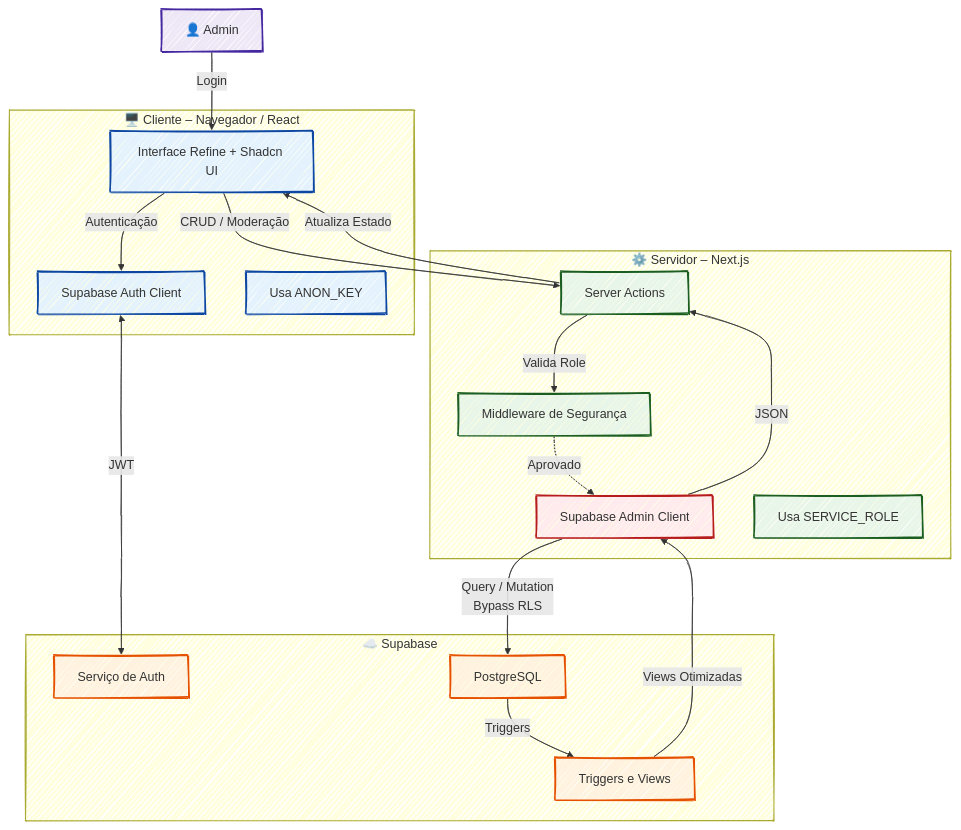
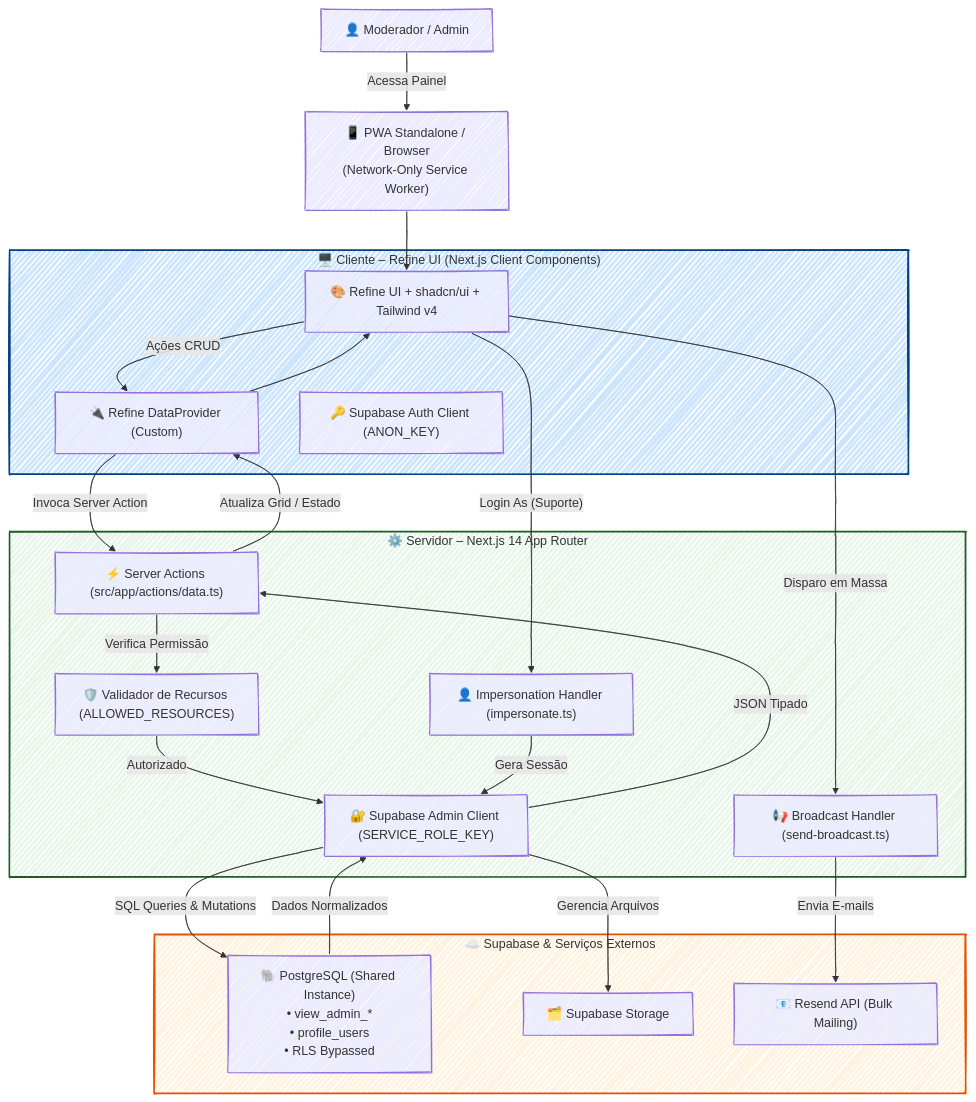
Diagram 19 of 27 in apps/backend/src/knowledge-base/Projects-Consolidated.md (lfrichter/ask-richter), drawn with Mermaid before and after one commit. The commit also changed other lines of this file and 1 other file, not shown here.

````diff
--- a/apps/backend/src/knowledge-base/Projects-Consolidated.md
+++ b/apps/backend/src/knowledge-base/Projects-Consolidated.md
@@ -1948,75 +1988,71 @@
 ```mermaid
 ---
 config:
   theme: default
   look: handDrawn
 ---
 flowchart TD
 
     %% =========================
     %% Atores
     %% =========================
-    AdminNode["👤 Admin"]
+    AdminNode["👤 Moderador / Admin"]
+    PWA_ENV["📱 PWA Standalone / Browser<br>(Network-Only Service Worker)"]
 
     %% =========================
     %% Cliente
     %% =========================
-    subgraph ClientSide["🖥️ Cliente – Navegador / React"]
-        UI["Interface Refine + Shadcn UI"]
-        AuthClient["Supabase Auth Client"]
-        ClientKey["Usa ANON_KEY"]
+    subgraph ClientSide["🖥️ Cliente – Refine UI (Next.js Client Components)"]
+        UI["🎨 Refine UI + shadcn/ui + Tailwind v4"]
+        DATA_PROV["🔌 Refine DataProvider (Custom)"]
+        AUTH_CLI["🔑 Supabase Auth Client (ANON_KEY)"]
     end
+    style ClientSide fill:#cce5ff,stroke:#004085,stroke-width:2px
 
     %% =========================
     %% Servidor
     %% =========================
-    subgraph ServerSide["⚙️ Servidor – Next.js"]
-        ServerAction["Server Actions"]
-        AuthGuard["Middleware de Segurança"]
-        SupabaseAdmin["Supabase Admin Client"]
-        ServerKey["Usa SERVICE_ROLE"]
+    subgraph ServerSide["⚙️ Servidor – Next.js 14 App Router"]
+        ACTIONS["⚡ Server Actions (src/app/actions/data.ts)"]
+        WHITELIST["🛡️ Validador de Recursos (ALLOWED_RESOURCES)"]
+        IMPERSONATE["👤 Impersonation Handler (impersonate.ts)"]
+        BROADCAST["📢 Broadcast Handler (send-broadcast.ts)"]
+        SUPA_ADMIN["🔐 Supabase Admin Client (SERVICE_ROLE_KEY)"]
     end
+    style ServerSide fill:#e8f5e9,stroke:#1b5e20,stroke-width:2px
 
     %% =========================
-    %% Infraestrutura
+    %% Infraestrutura & DB
     %% =========================
-    subgraph Infra["☁️ Supabase"]
-        AuthService["Serviço de Auth"]
-        PostgresDB["PostgreSQL"]
-        TriggersViews["Triggers e Views"]
+    subgraph Infra["☁️ Supabase & Serviços Externos"]
+        POSTGRES["🐘 PostgreSQL (Shared Instance)<br>• view_admin_*<br>• profile_users<br>• RLS Bypassed"]
+        STORAGE["🗂️ Supabase Storage"]
+        RESEND_API["📧 Resend API (Bulk Mailing)"]
     end
+    style Infra fill:#fff3e0,stroke:#e65100,stroke-width:2px
 
     %% =========================
     %% Fluxos
     %% =========================
-    AdminNode -->|"Login"| UI
-    UI -->|"Autenticação"| AuthClient
-    AuthClient <-->|"JWT"| AuthService
+    AdminNode -->|"Acessa Painel"| PWA_ENV
+    PWA_ENV --> UI
+    UI -->|"Ações CRUD"| DATA_PROV
+    DATA_PROV -->|"Invoca Server Action"| ACTIONS
 
-    UI -->|"CRUD / Moderação"| ServerAction
-    ServerAction -->|"Valida Role"| AuthGuard
-    AuthGuard -.->|"Aprovado"| SupabaseAdmin
+    ACTIONS -->|"Verifica Permissão"| WHITELIST
+    WHITELIST -->|"Autorizado"| SUPA_ADMIN
 
-    SupabaseAdmin -->|"Query / Mutation<br>Bypass RLS"| PostgresDB
-    PostgresDB -->|"Triggers"| TriggersViews
-    TriggersViews -->|"Views Otimizadas"| SupabaseAdmin
+    UI -->|"Disparo em Massa"| BROADCAST
+    BROADCAST -->|"Envia E-mails"| RESEND_API
 
-    SupabaseAdmin -->|"JSON"| ServerAction
-    ServerAction -->|"Atualiza Estado"| UI
+    UI -->|"Login As (Suporte)"| IMPERSONATE
+    IMPERSONATE -->|"Gera Sessão"| SUPA_ADMIN
 
-    %% =========================
-    %% Estilos
-    %% =========================
-    classDef actor fill:#ede7f6,stroke:#4527a0,stroke-width:2px;
-    classDef client fill:#e3f2fd,stroke:#0d47a1,stroke-width:2px;
-    classDef server fill:#e8f5e9,stroke:#1b5e20,stroke-width:2px;
-    classDef infra fill:#fff3e0,stroke:#e65100,stroke-width:2px;
-    classDef sensitive fill:#ffebee,stroke:#b71c1c,stroke-width:2px;
+    SUPA_ADMIN -->|"SQL Queries & Mutations"| POSTGRES
+    SUPA_ADMIN -->|"Gerencia Arquivos"| STORAGE
 
-    class AdminNode actor
-    class UI,AuthClient,ClientKey client
-    class ServerAction,AuthGuard,ServerKey server
-    class SupabaseAdmin sensitive
-    class AuthService,PostgresDB,TriggersViews infra
-
+    POSTGRES -->|"Dados Normalizados"| SUPA_ADMIN
+    SUPA_ADMIN -->|"JSON Tipado"| ACTIONS
+    ACTIONS -->|"Atualiza Grid / Estado"| DATA_PROV
+    DATA_PROV --> UI
 ```
````
